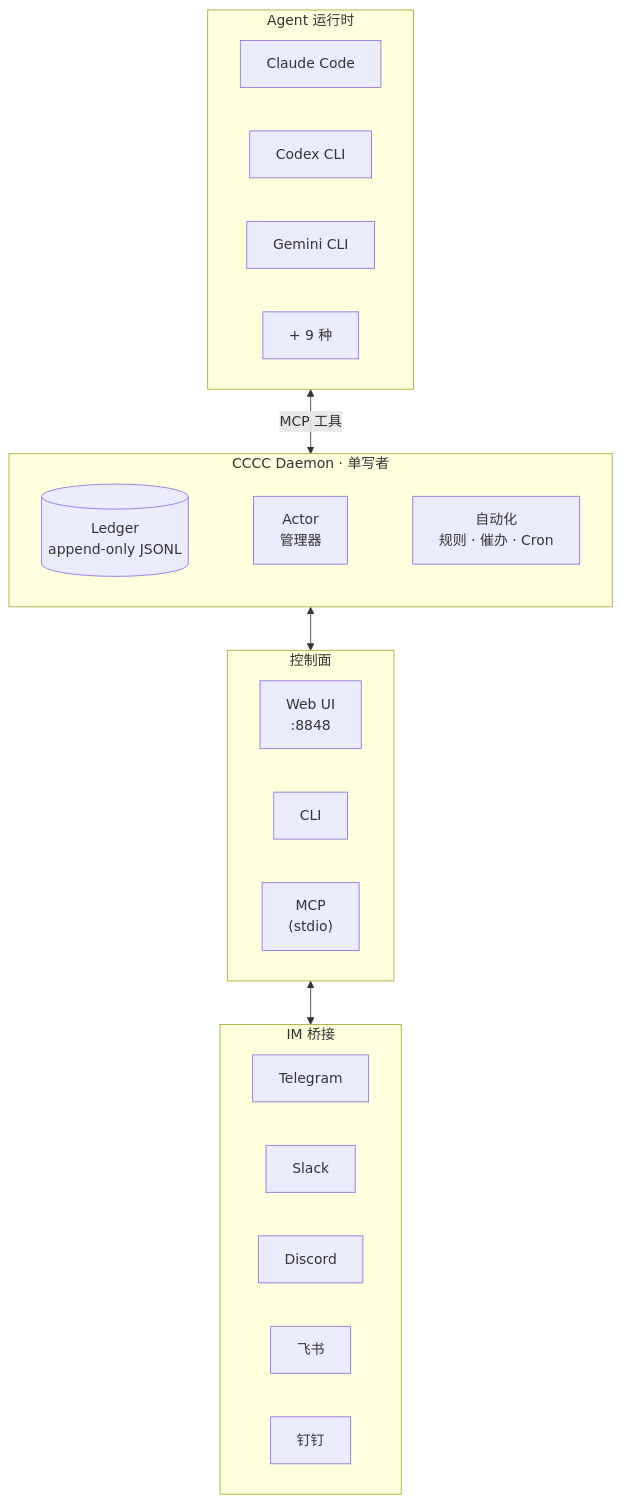
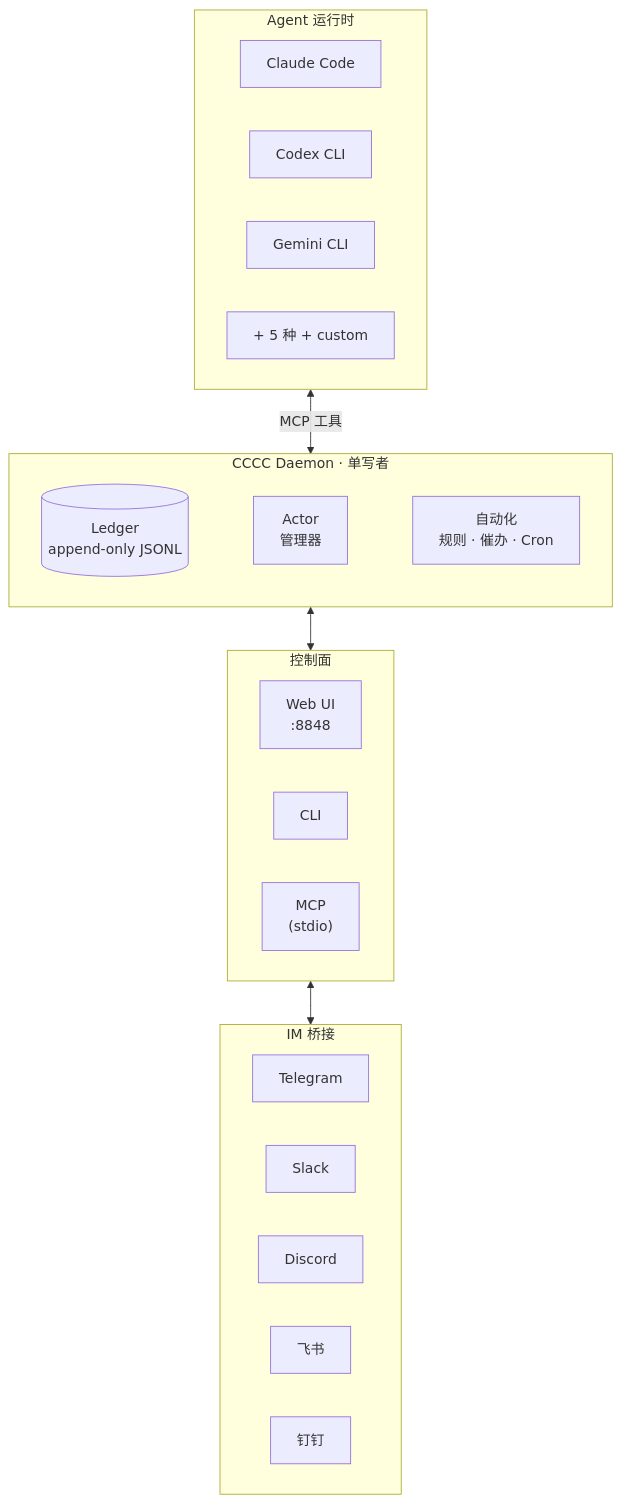
One commit to zixuniaowu/cccc changed the diagram in README.zh-CN.md. Above: the diagram before and after it, drawn with Mermaid. The commit also changed other lines of this file and 43 other files, not shown here.

Commit message:
refine context flows and prompt guidance surfaces

````diff
--- a/README.zh-CN.md
+++ b/README.zh-CN.md
@@ -130,39 +130,39 @@
 ```mermaid
 graph TB
     subgraph Agents["Agent 运行时"]
         direction LR
         A1["Claude Code"]
         A2["Codex CLI"]
         A3["Gemini CLI"]
-        A4["+ 9 种"]
+        A4["+ 5 种 + custom"]
     end
 
     subgraph Daemon["CCCC Daemon · 单写者"]
         direction LR
         Ledger[("Ledger<br/>append-only JSONL")]
         ActorMgr["Actor<br/>管理器"]
         Auto["自动化<br/>规则 · 催办 · Cron"]
         Ledger ~~~ ActorMgr ~~~ Auto
     end
 
     subgraph Ports["控制面"]
         direction LR
         Web["Web UI<br/>:8848"]
         CLI["CLI"]
         MCP["MCP<br/>(stdio)"]
     end
 
     subgraph IM["IM 桥接"]
         direction LR
         TG["Telegram"]
         SL["Slack"]
         DC["Discord"]
         FS["飞书"]
         DT["钉钉"]
     end
 
     Agents <-->|MCP 工具| Daemon
     Daemon <--> Ports
     Web <--> IM
 
 ```
````
